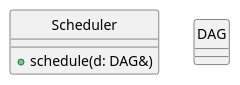
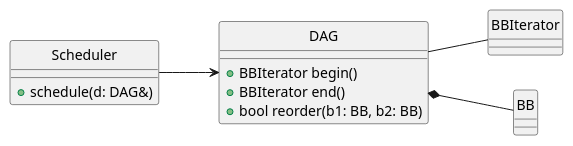
Before and after one commit to MornaMeoi/notes: diagram 12 of 13 in Areas/CPP/Лекции/Lecture 9. Принципы ООП.md, drawn with PlantUML. The commit also changed other lines of this file, not shown here.

````diff
--- a/Areas/CPP/Лекции/Lecture 9. Принципы ООП.md
+++ b/Areas/CPP/Лекции/Lecture 9. Принципы ООП.md
@@ -1120,13 +1120,25 @@
 ```plantuml
 @startuml
 
 hide circle
+left to right direction
 
 class Scheduler {
 	+schedule(d: DAG&)
 }
 
-class DAG {}
+class DAG {
+	+BBIterator begin()
+	+BBIterator end()
+	+bool reorder(b1: BB, b2: BB)
+}
+
+class BBIterator
+class BB
+
+Scheduler --> DAG
+DAG -- BBIterator
+DAG *-- BB
 
 @enduml
 ```
````
